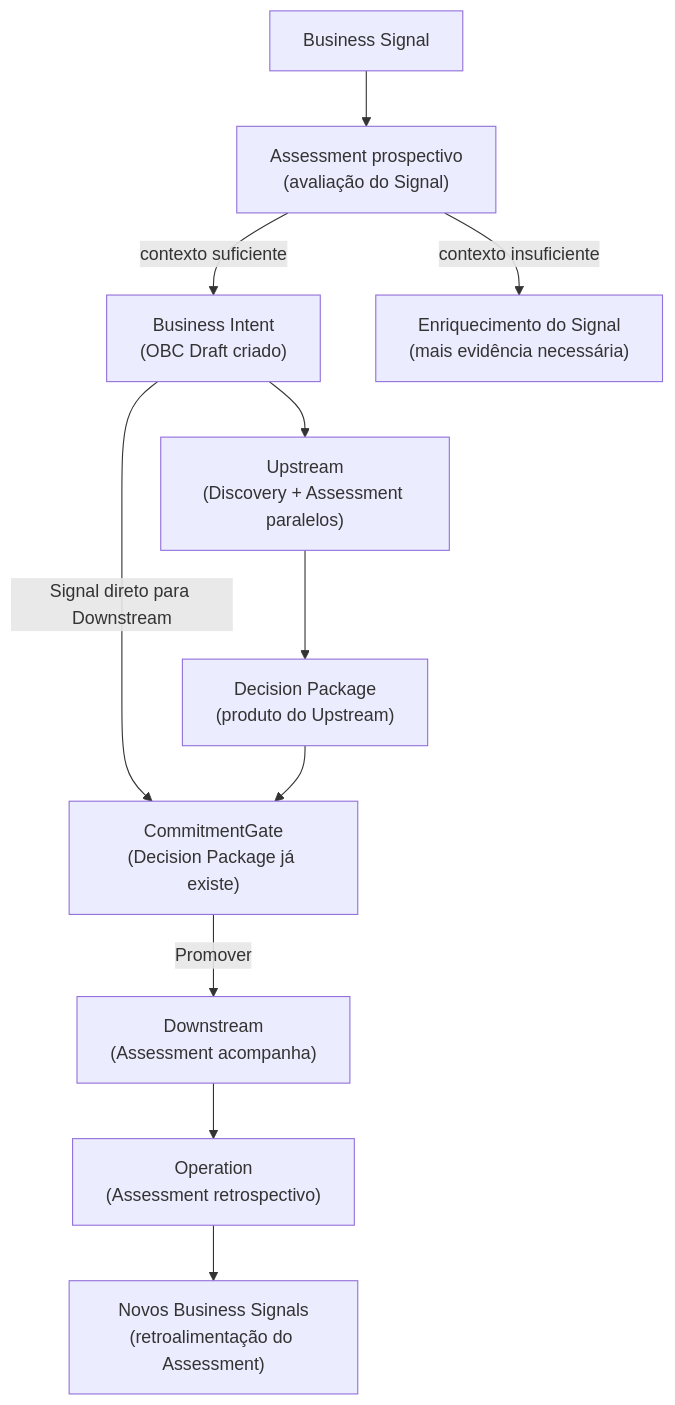
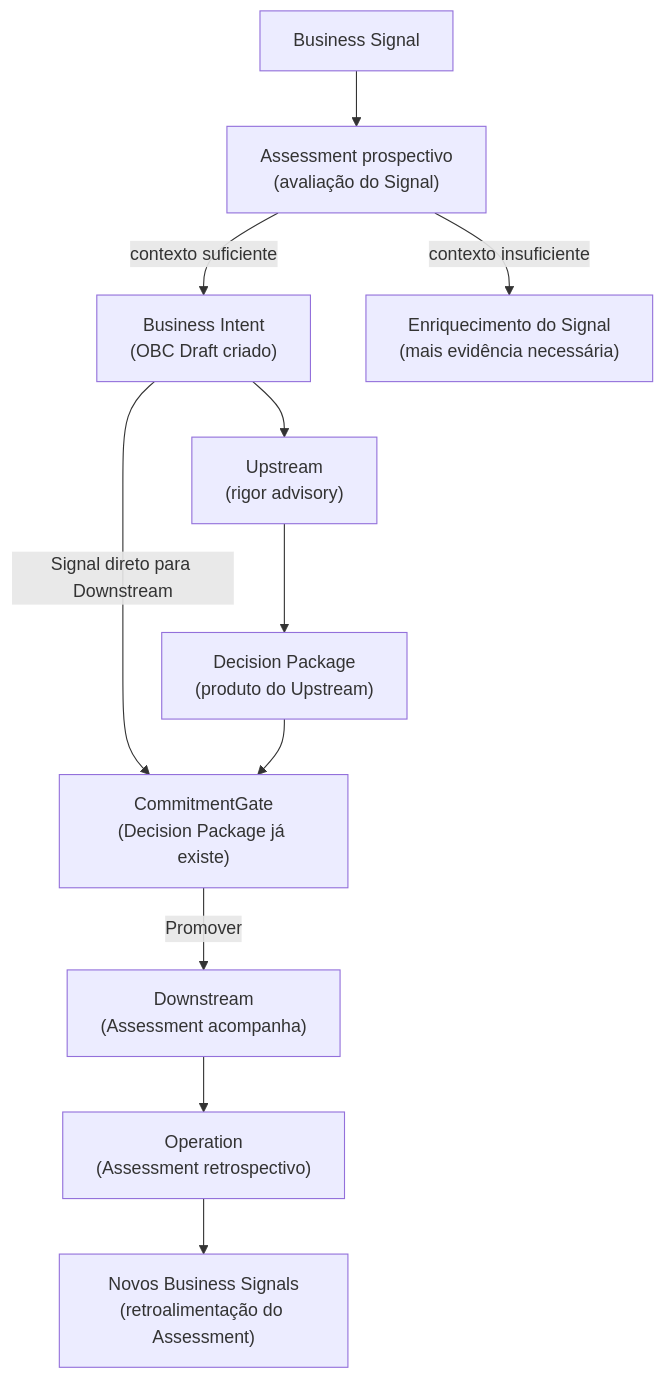
One commit to produtoreativo/from-intent-to-outcome changed the first of 2 diagrams in capitulo-04.md. Above: the diagram before and after it, drawn with Mermaid. The commit also changed 3 other files, not shown here.

First line of the commit message:
fix: remove conflações Upstream=Discovery em caps 4 e 11 (PT+EN)

````diff
--- a/capitulo-04.md
+++ b/capitulo-04.md
@@ -27,13 +27,13 @@
 ```mermaid
 graph TD
     BS["Business Signal"] --> A["Assessment prospectivo\n(avaliação do Signal)"]
     A --> |"contexto suficiente"| BI["Business Intent\n(OBC Draft criado)"]
     A --> |"contexto insuficiente"| EV["Enriquecimento do Signal\n(mais evidência necessária)"]
-    BI --> UP["Upstream\n(Discovery + Assessment paralelos)"]
+    BI --> UP["Upstream\n(rigor advisory)"]
     BI --> |"Signal direto para Downstream"| CG["CommitmentGate\n(Decision Package já existe)"]
     UP --> DP["Decision Package\n(produto do Upstream)"]
     DP --> CG
     CG --> |"Promover"| DS["Downstream\n(Assessment acompanha)"]
     DS --> OP["Operation\n(Assessment retrospectivo)"]
     OP --> NBS["Novos Business Signals\n(retroalimentação do Assessment)"]
 ```
````
